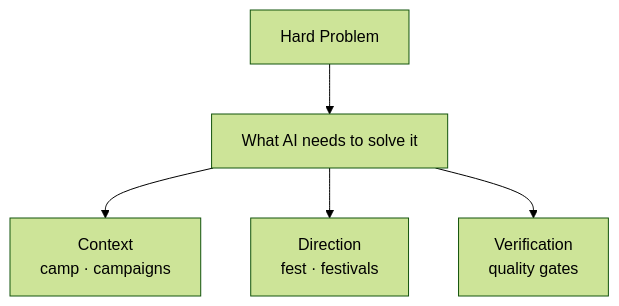
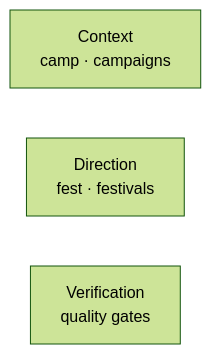
The diagram in README.md (Obedience-Corp/festival), drawn with Mermaid (forest theme) before and after one commit.

Commit message:
[OBEY-CAMPAIGN-8deed8b4] simplify mermaid diagram - three pillars without hierarchy

````diff
--- a/README.md
+++ b/README.md
@@ -11,7 +11,6 @@
 ```mermaid
-graph TD
-    P["Hard Problem"] --> N["What AI needs to solve it"]
-    N --> C["Context\ncamp · campaigns"]
-    N --> D["Direction\nfest · festivals"]
-    N --> V["Verification\nquality gates"]
+graph LR
+    C["Context<br/>camp · campaigns"]
+    D["Direction<br/>fest · festivals"]
+    V["Verification<br/>quality gates"]
 ```
````
